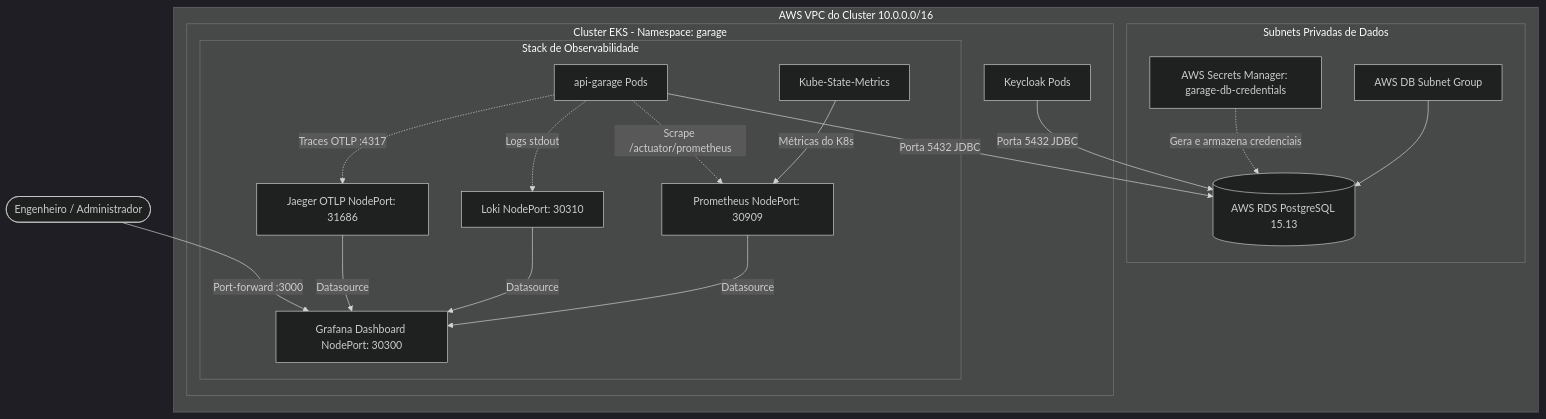
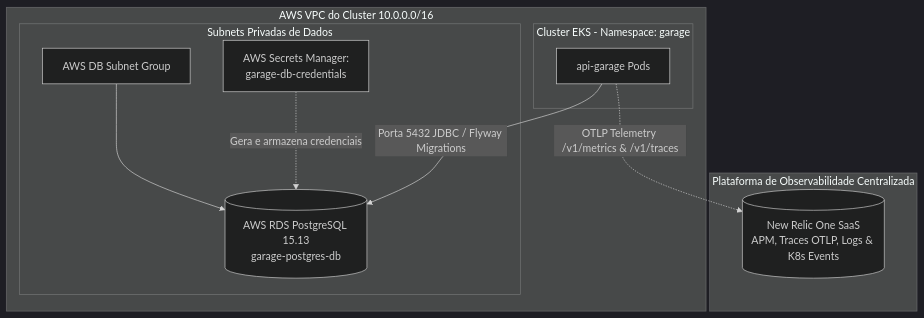
The diagram in README.md (rodsordi/15-soat-tech-challenge-iac-db), drawn with Mermaid (dark theme) before and after one commit. The commit also changed other lines of this file and 16 other files, not shown here.

Commit message:
refactor(observability): decommission legacy prometheus grafana loki jaeger and standardize on new relic

````diff
--- a/README.md
+++ b/README.md
@@ -34,40 +27,24 @@
 ```mermaid
 graph TD
     subgraph EKSVPC [AWS VPC do Cluster 10.0.0.0/16]
         subgraph PrivateSubnets [Subnets Privadas de Dados]
             DBSubnetGroup[AWS DB Subnet Group]
-            RDS[(AWS RDS PostgreSQL 15.13)]
-            SecretsManager[AWS Secrets Manager: garage-db-credentials]
+            RDS[(AWS RDS PostgreSQL 15.13<br/>garage-postgres-db)]
+            SecretsManager[AWS Secrets Manager:<br/>garage-db-credentials]
             
             DBSubnetGroup --> RDS
             SecretsManager -.->|Gera e armazena credenciais| RDS
         end
 
         subgraph EKSWorkloads [Cluster EKS - Namespace: garage]
             App[api-garage Pods]
-            Keycloak[Keycloak Pods]
             
-            App -->|Porta 5432 JDBC| RDS
-            Keycloak -->|Porta 5432 JDBC| RDS
-            
-            subgraph ObservabilityStack [Stack de Observabilidade]
-                KSM[Kube-State-Metrics]
-                Prometheus[Prometheus NodePort: 30909]
-                Loki[Loki NodePort: 30310]
-                Jaeger[Jaeger OTLP NodePort: 31686]
-                Grafana[Grafana Dashboard NodePort: 30300]
-                
-                KSM -->|Métricas do K8s| Prometheus
-                App -.->|Scrape /actuator/prometheus| Prometheus
-                App -.->|Logs stdout| Loki
-                App -.->|Traces OTLP :4317| Jaeger
-                
-                Prometheus -->|Datasource| Grafana
-                Loki -->|Datasource| Grafana
-                Jaeger -->|Datasource| Grafana
-            end
+            App -->|Porta 5432 JDBC / Flyway Migrations| RDS
         end
     end
 
-    User([Engenheiro / Administrador]) -->|Port-forward :3000| Grafana
+    subgraph ObservabilidadeSaaS [Plataforma de Observabilidade Centralizada]
+        NewRelic[(New Relic One SaaS<br/>APM, Traces OTLP, Logs & K8s Events)]
+        App -.->|OTLP Telemetry /v1/metrics & /v1/traces| NewRelic
+    end
 ```
````
